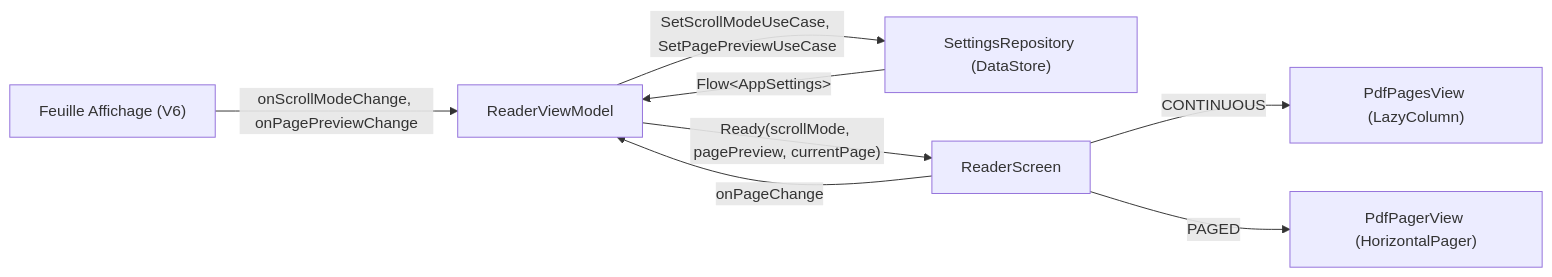
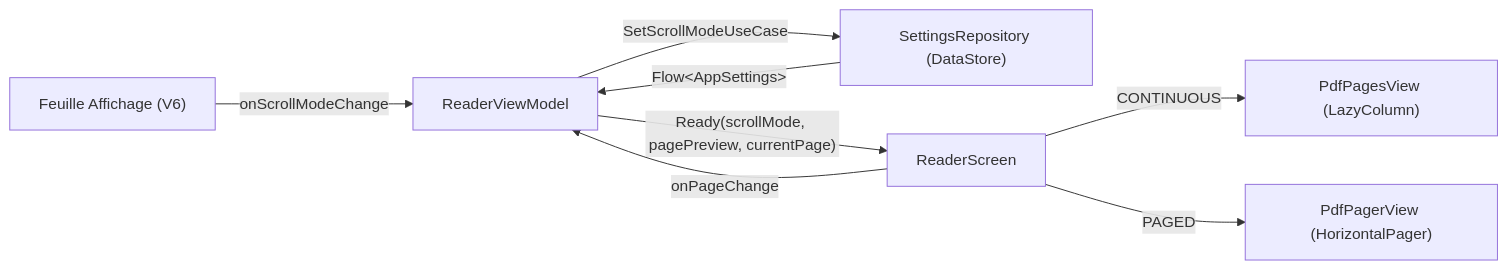
The third of 8 diagrams in docs/architecture.md (myxomatom/LutrinPDF), drawn with Mermaid before and after one commit. The commit also changed other lines of this file and 25 other files, not shown here.

First line of the commit message:
feat(settings): move the page preview switch to the settings screen

````diff
--- a/docs/architecture.md
+++ b/docs/architecture.md
@@ -108,10 +108,10 @@
 ```mermaid
 flowchart LR
-    v6["Feuille Affichage (V6)"] -->|"onScrollModeChange, onPagePreviewChange"| rvm["ReaderViewModel"]
-    rvm -->|"SetScrollModeUseCase, SetPagePreviewUseCase"| repo["SettingsRepository (DataStore)"]
+    v6["Feuille Affichage (V6)"] -->|"onScrollModeChange"| rvm["ReaderViewModel"]
+    rvm -->|"SetScrollModeUseCase"| repo["SettingsRepository (DataStore)"]
     repo -->|"Flow&lt;AppSettings&gt;"| rvm
     screen["ReaderScreen"] -->|"onPageChange"| rvm
     rvm -->|"Ready(scrollMode, pagePreview, currentPage)"| screen
     screen -->|"CONTINUOUS"| list["PdfPagesView (LazyColumn)"]
     screen -->|"PAGED"| pager["PdfPagerView (HorizontalPager)"]
 ```
````
